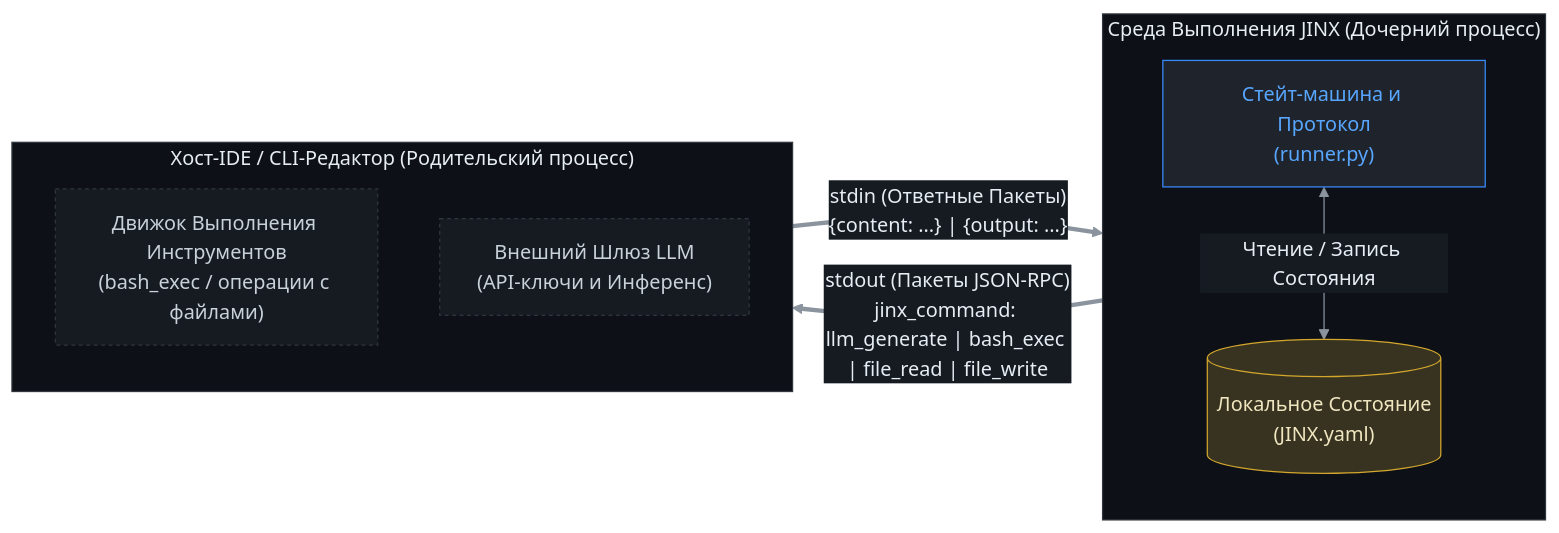
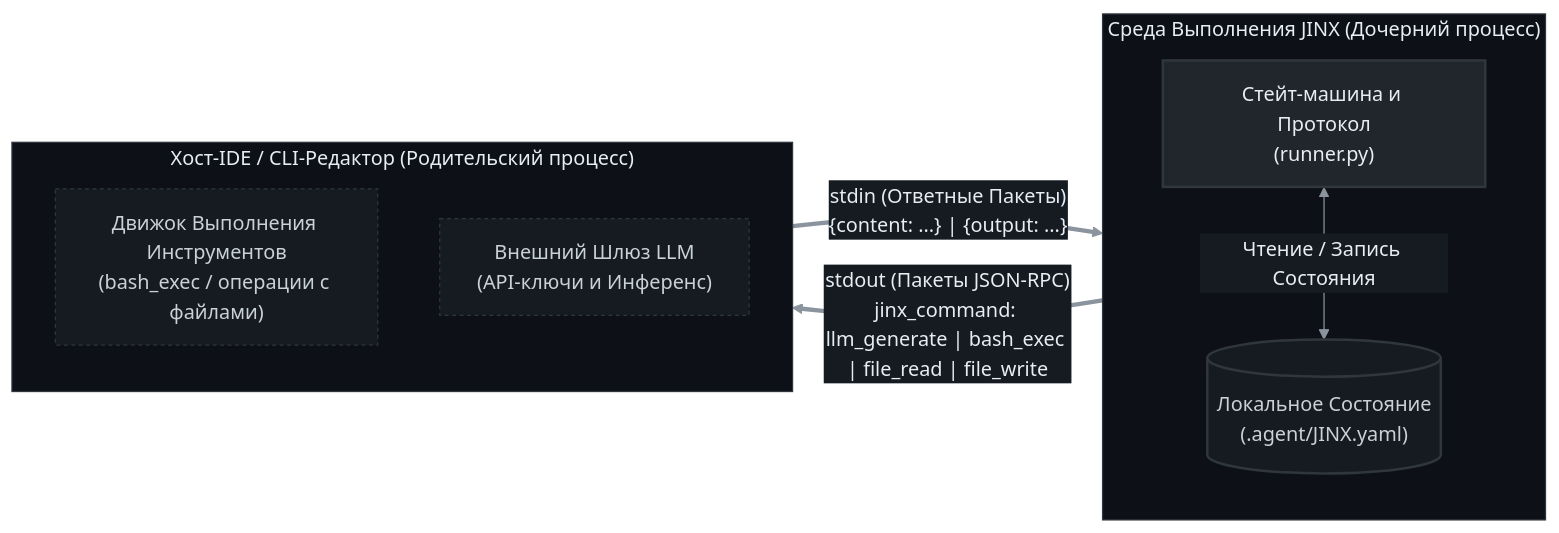
Before and after one commit to machinegpt/agent: the first of 5 diagrams in README_RU.md, drawn with Mermaid. The commit also changed other lines of this file and 8 other files, not shown here.

````diff
--- a/README_RU.md
+++ b/README_RU.md
@@ -22,25 +22,25 @@
 ```mermaid
 %%{init: {'theme': 'base', 'themeVariables': {"darkMode": true, "background": "#0d1117", "primaryColor": "#21262d", "primaryTextColor": "#e6edf3", "primaryBorderColor": "#8b949e", "lineColor": "#8b949e", "textColor": "#e6edf3", "edgeLabelBackground": "#161b22", "mainBkg": "#21262d", "nodeBorder": "#8b949e", "nodeTextColor": "#e6edf3"}}}%%
-graph LR
+flowchart LR
     classDef sub fill:#161b22,stroke:#30363d,stroke-dasharray: 3 3,color:#c9d1d9;
-    classDef state fill:#1f242c,stroke:#388bfd,color:#58a6ff;
-    classDef yaml fill:#373320,stroke:#d4a72c,color:#f0e6c0;
+    classDef state fill:#21262d,stroke:#30363d,stroke-width:2px,color:#e6edf3;
+    classDef yaml fill:#161b22,stroke:#30363d,stroke-width:2px,color:#c9d1d9;
 
     subgraph JINX["Среда Выполнения JINX (Дочерний процесс)"]
         direction TB
         SM["Стейт-машина и Протокол<br/>(runner.py)"]:::state
-        DB[("Локальное Состояние<br/>(JINX.yaml)")]:::yaml
+        DB[("Локальное Состояние<br/>(.agent/JINX.yaml)")]:::yaml
         SM <-->|"Чтение / Запись Состояния"| DB
     end
     style JINX fill:#0d1117,stroke:#30363d,color:#e6edf3
 
     subgraph HOST["Хост-IDE / CLI-Редактор (Родительский процесс)"]
         direction TB
         EXE["Движок Выполнения Инструментов<br/>(bash_exec / операции с файлами)"]:::sub
         LLM["Внешний Шлюз LLM<br/>(API-ключи и Инференс)"]:::sub
     end
     style HOST fill:#0d1117,stroke:#30363d,color:#e6edf3
 
     SM ==>|"stdout (Пакеты JSON-RPC)<br/>jinx_command: llm_generate | bash_exec | file_read | file_write"| HOST
     HOST ==>|"stdin (Ответные Пакеты)<br/>{content: ...} | {output: ...}"| SM
 ```
````
